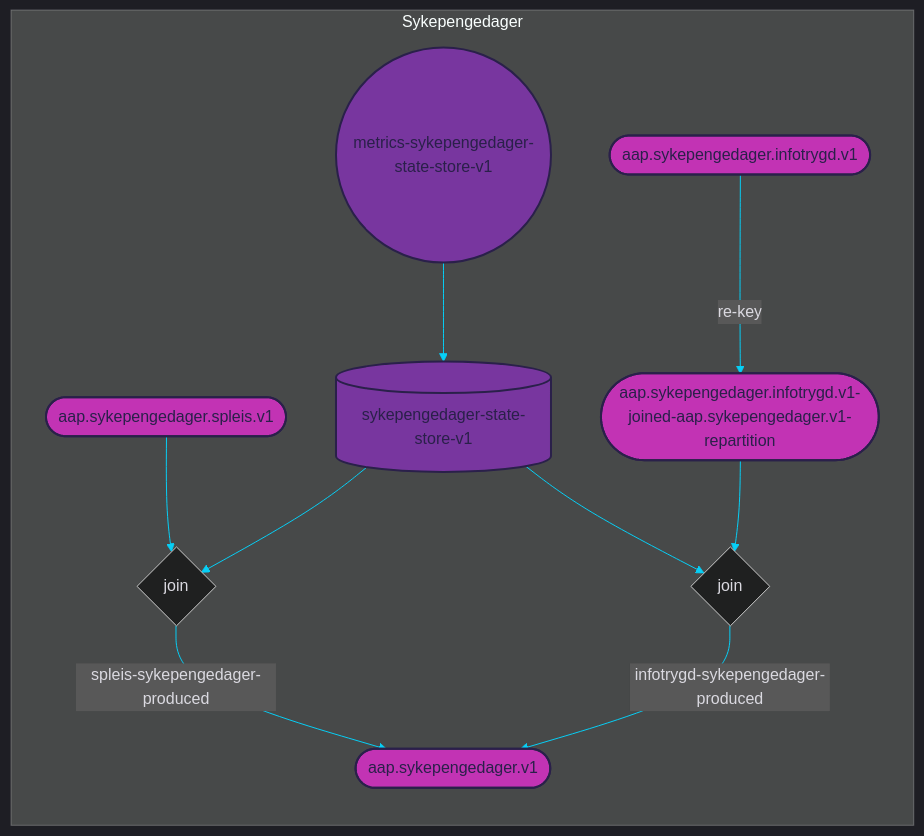
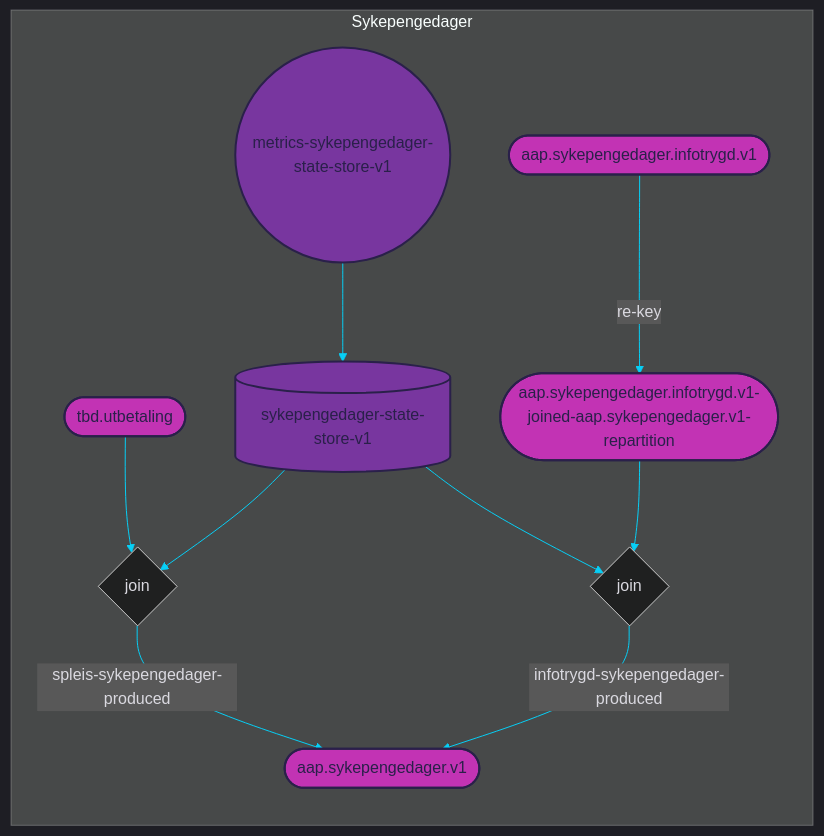
The diagram in doc/topology.mermaid (navikt/aap-sykepengedager), drawn with Mermaid before and after one commit. The commit also changed 2 other files, not shown here.

Commit message:
Repartisjonerer tdb.utbetaling til 12 partisjoner

```diff
--- a/doc/topology.mermaid
+++ b/doc/topology.mermaid
@@ -1,51 +1,51 @@
 
 %%{init: {'theme': 'dark', 'themeVariables': { 'primaryColor': '#07cff6', 'textColor': '#dad9e0', 'lineColor': '#07cff6'}}}%%
 
 graph LR
 
 subgraph Sykepengedager
     %% TOPICS
-    aap.sykepengedager.spleis.v1([aap.sykepengedager.spleis.v1])
+    tbd.utbetaling([tbd.utbetaling])
 	aap.sykepengedager.infotrygd.v1-joined-aap.sykepengedager.v1-repartition([aap.sykepengedager.infotrygd.v1-joined-aap.sykepengedager.v1-repartition])
 	aap.sykepengedager.v1([aap.sykepengedager.v1])
 	aap.sykepengedager.infotrygd.v1([aap.sykepengedager.infotrygd.v1])
     
     %% JOINS
     join-0{join}
 	join-1{join}
     
     %% STATE STORES
     sykepengedager-state-store-v1[(sykepengedager-state-store-v1)]
     
     %% PROCESSOR API JOBS
     metrics-sykepengedager-state-store-v1((metrics-sykepengedager-state-store-v1))
     
     %% JOIN STREAMS
     aap.sykepengedager.infotrygd.v1-joined-aap.sykepengedager.v1-repartition --> join-0
 	sykepengedager-state-store-v1 --> join-0
 	join-0 --> |infotrygd-sykepengedager-produced| aap.sykepengedager.v1
-	aap.sykepengedager.spleis.v1 --> join-1
+	tbd.utbetaling --> join-1
 	sykepengedager-state-store-v1 --> join-1
 	join-1 --> |spleis-sykepengedager-produced| aap.sykepengedager.v1
     
     %% JOB STREAMS
     metrics-sykepengedager-state-store-v1 --> sykepengedager-state-store-v1
     
     %% REPARTITION STREAMS
     aap.sykepengedager.infotrygd.v1 --> |re-key| aap.sykepengedager.infotrygd.v1-joined-aap.sykepengedager.v1-repartition
 end
 
 %% COLORS
 %% light    #dad9e0
 %% purple   #78369f
 %% pink     #c233b4
 %% dark     #2a204a
 %% blue     #07cff6
 
 %% STYLES
-style aap.sykepengedager.spleis.v1 fill:#c233b4, stroke:#2a204a, stroke-width:2px, color:#2a204a
+style tbd.utbetaling fill:#c233b4, stroke:#2a204a, stroke-width:2px, color:#2a204a
 style aap.sykepengedager.infotrygd.v1-joined-aap.sykepengedager.v1-repartition fill:#c233b4, stroke:#2a204a, stroke-width:2px, color:#2a204a
 style aap.sykepengedager.v1 fill:#c233b4, stroke:#2a204a, stroke-width:2px, color:#2a204a
 style aap.sykepengedager.infotrygd.v1 fill:#c233b4, stroke:#2a204a, stroke-width:2px, color:#2a204a
 style sykepengedager-state-store-v1 fill:#78369f, stroke:#2a204a, stroke-width:2px, color:#2a204a
 style metrics-sykepengedager-state-store-v1 fill:#78369f, stroke:#2a204a, stroke-width:2px, color:#2a204a
```
